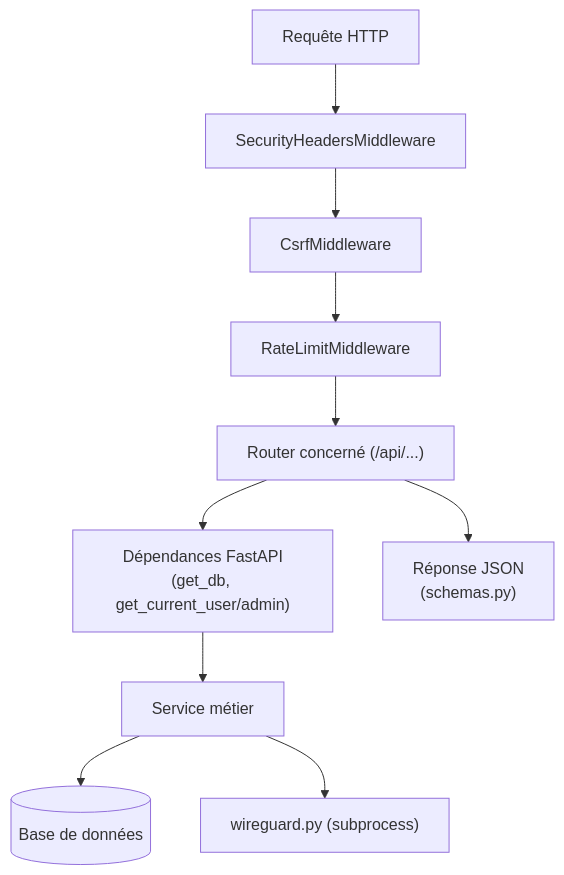
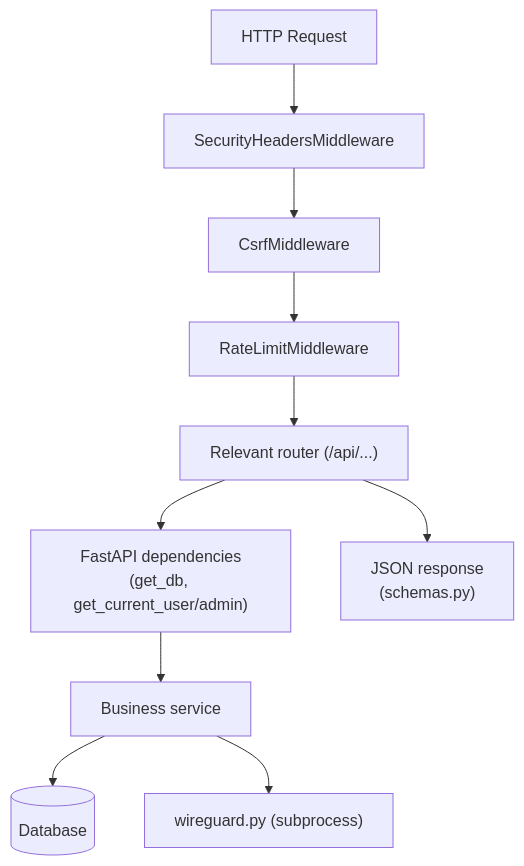
Before and after one commit to cyr-ius/wireguard-ui: the diagram in docs/architecture/backend.md, drawn with Mermaid. The commit also changed other lines of this file and 28 other files, not shown here.

````diff
--- a/docs/architecture/backend.md
+++ b/docs/architecture/backend.md
@@ -117,12 +117,12 @@
 ```mermaid
 flowchart TD
-    Req["Requête HTTP"] --> SH[SecurityHeadersMiddleware]
+    Req["HTTP Request"] --> SH[SecurityHeadersMiddleware]
     SH --> CSRF[CsrfMiddleware]
     CSRF --> RL[RateLimitMiddleware]
-    RL --> Router["Router concerné (/api/...)"]
-    Router --> Dep["Dépendances FastAPI\n(get_db, get_current_user/admin)"]
-    Dep --> Service["Service métier"]
-    Service --> DB[(Base de données)]
+    RL --> Router["Relevant router (/api/...)"]
+    Router --> Dep["FastAPI dependencies\n(get_db, get_current_user/admin)"]
+    Dep --> Service["Business service"]
+    Service --> DB[(Database)]
     Service --> WG["wireguard.py (subprocess)"]
-    Router --> Resp["Réponse JSON\n(schemas.py)"]
+    Router --> Resp["JSON response\n(schemas.py)"]
 ```
````
